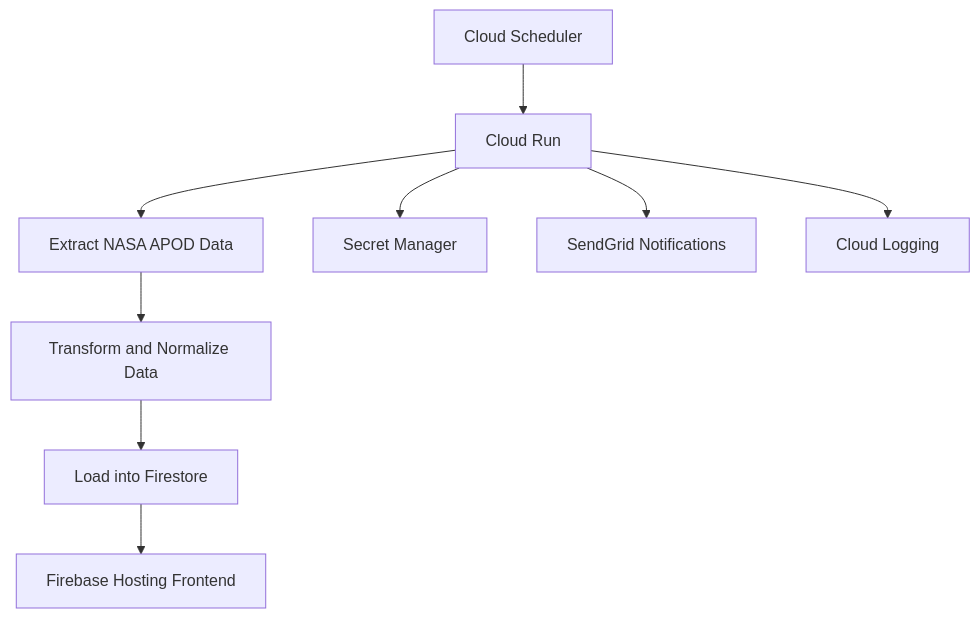
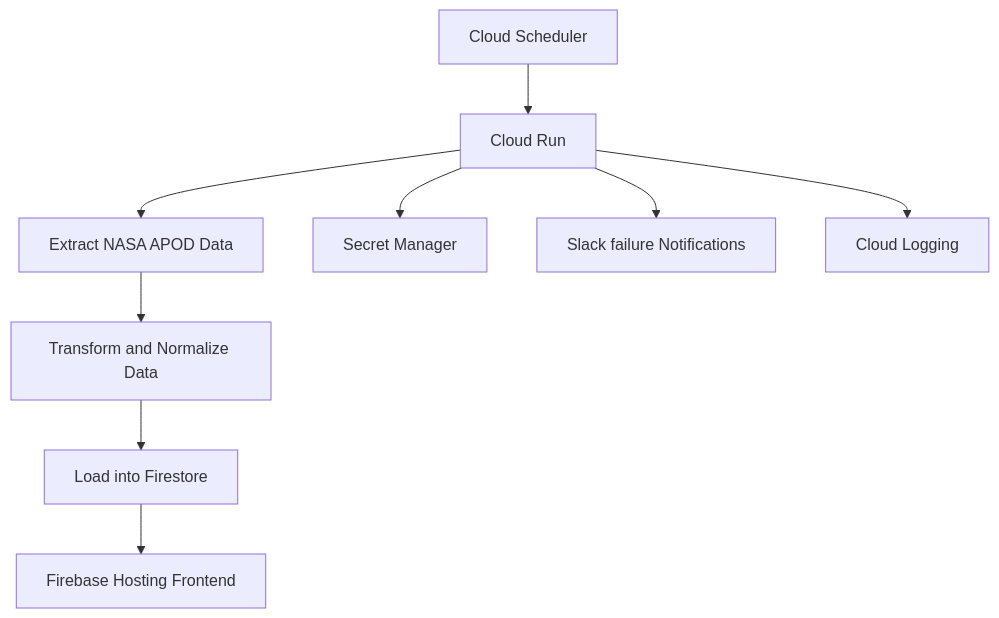
One commit to maljungberg/nasa-apod-pipeline changed the diagram in docs/design.md. Above: the diagram before and after it, drawn with Mermaid. The commit also changed other lines of this file and 3 other files, not shown here.

````diff
--- a/docs/design.md
+++ b/docs/design.md
@@ -45,11 +45,11 @@
 ```mermaid
 flowchart TD
     A[Cloud Scheduler] --> B[Cloud Run]
     B --> C[Extract NASA APOD Data]
     C --> D[Transform and Normalize Data]
     D --> E[Load into Firestore]
     B --> F[Secret Manager]
-    B --> G[SendGrid Notifications]
+    B --> G[Slack failure Notifications]
     B --> H[Cloud Logging]
     E --> I[Firebase Hosting Frontend]
 ```
````
